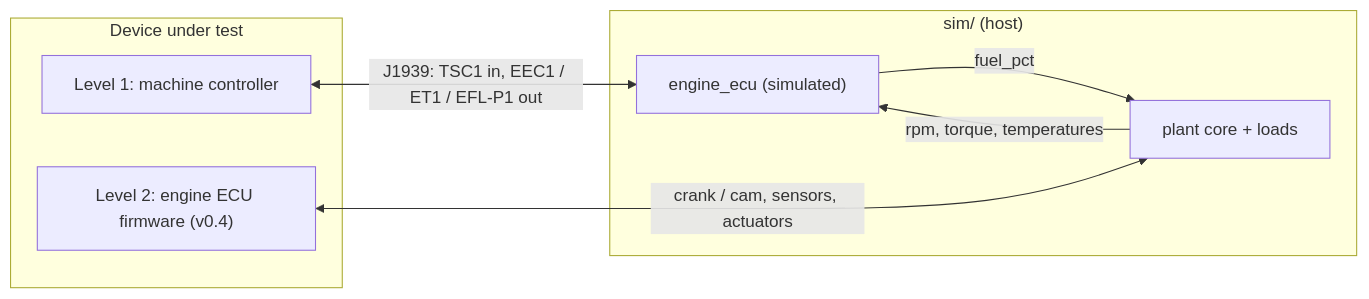
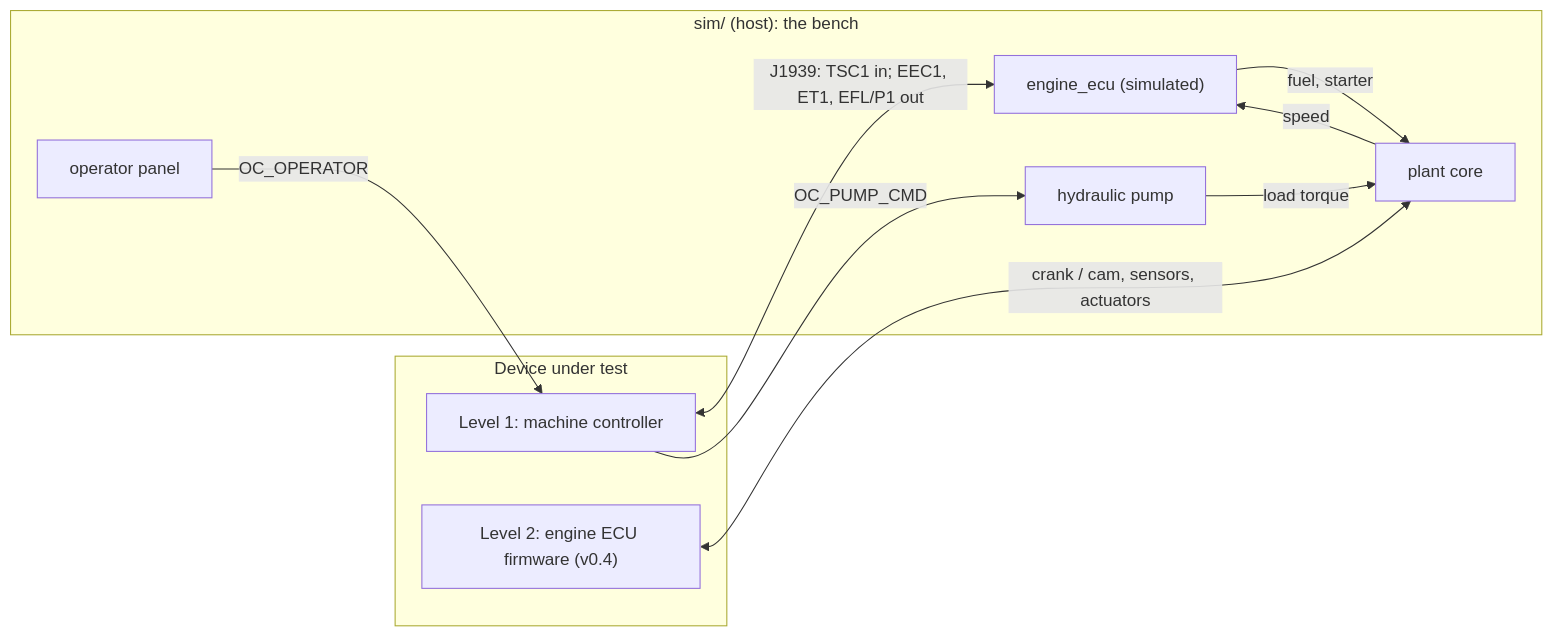
One commit to Open-Heavy-Machinery/open-crank changed the first of 2 diagrams in ARCHITECTURE.md. Above: the diagram before and after it, drawn with Mermaid. The commit also changed other lines of this file and 5 other files, not shown here.

First line of the commit message:
docs: architecture, roadmap, README and bus interface for v0.1

````diff
--- a/ARCHITECTURE.md
+++ b/ARCHITECTURE.md
@@ -17,15 +17,20 @@
 ```mermaid
 flowchart LR
     subgraph DUT["Device under test"]
         MC["Level 1: machine controller"]
         EF["Level 2: engine ECU firmware (v0.4)"]
     end
-    subgraph SIM["sim/ (host)"]
+    subgraph SIM["sim/ (host): the bench"]
+        OP["operator panel"]
         ECU["engine_ecu (simulated)"]
-        PLANT["plant core + loads"]
+        PLANT["plant core"]
+        PUMP["hydraulic pump"]
     end
-    MC <-->|"J1939: TSC1 in, EEC1 / ET1 / EFL-P1 out"| ECU
-    ECU -->|"fuel_pct"| PLANT
-    PLANT -->|"rpm, torque, temperatures"| ECU
+    MC <-->|"J1939: TSC1 in; EEC1, ET1, EFL/P1 out"| ECU
+    OP -->|"OC_OPERATOR"| MC
+    MC -->|"OC_PUMP_CMD"| PUMP
+    ECU -->|"fuel, starter"| PLANT
+    PUMP -->|"load torque"| PLANT
+    PLANT -->|"speed"| ECU
     EF <-->|"crank / cam, sensors, actuators"| PLANT
 ```
````
